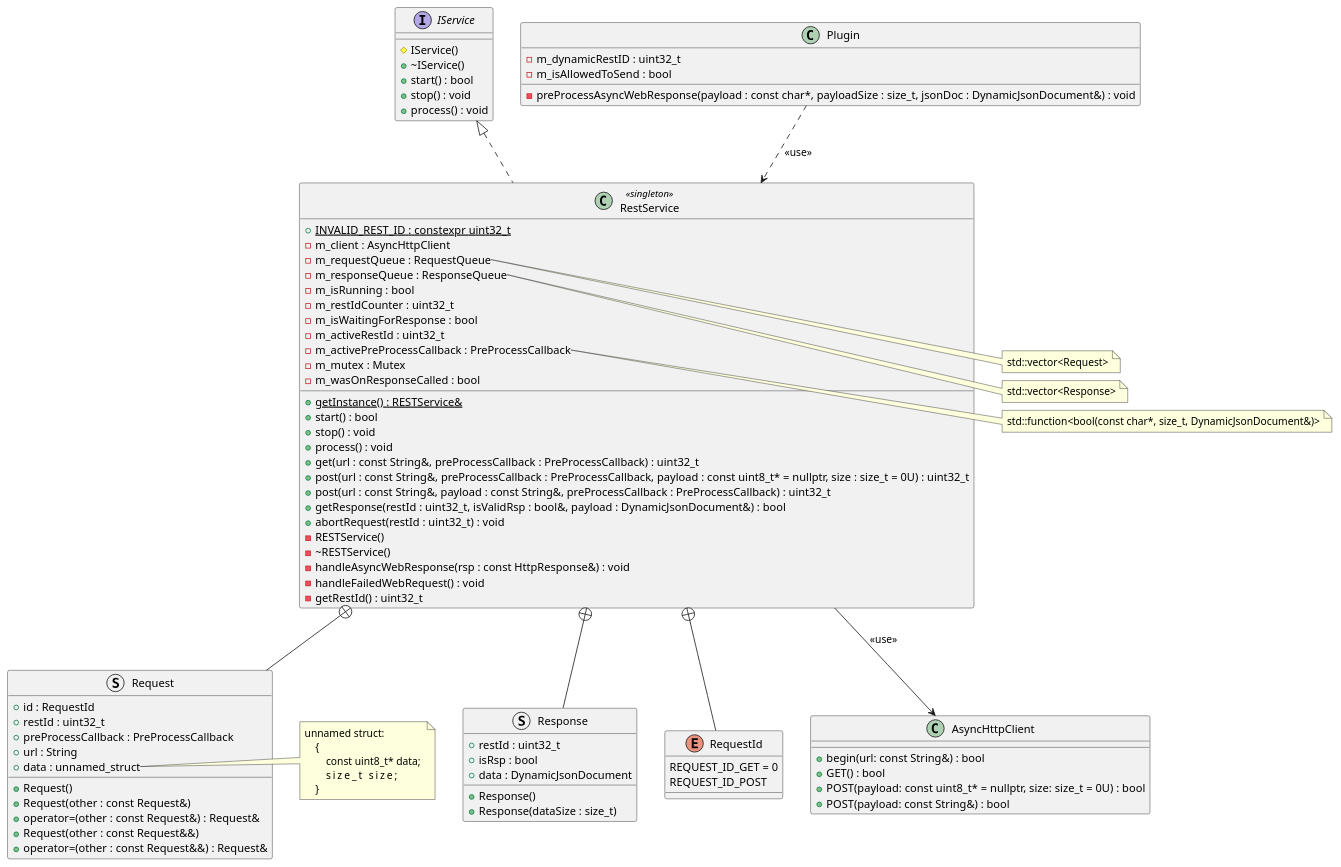
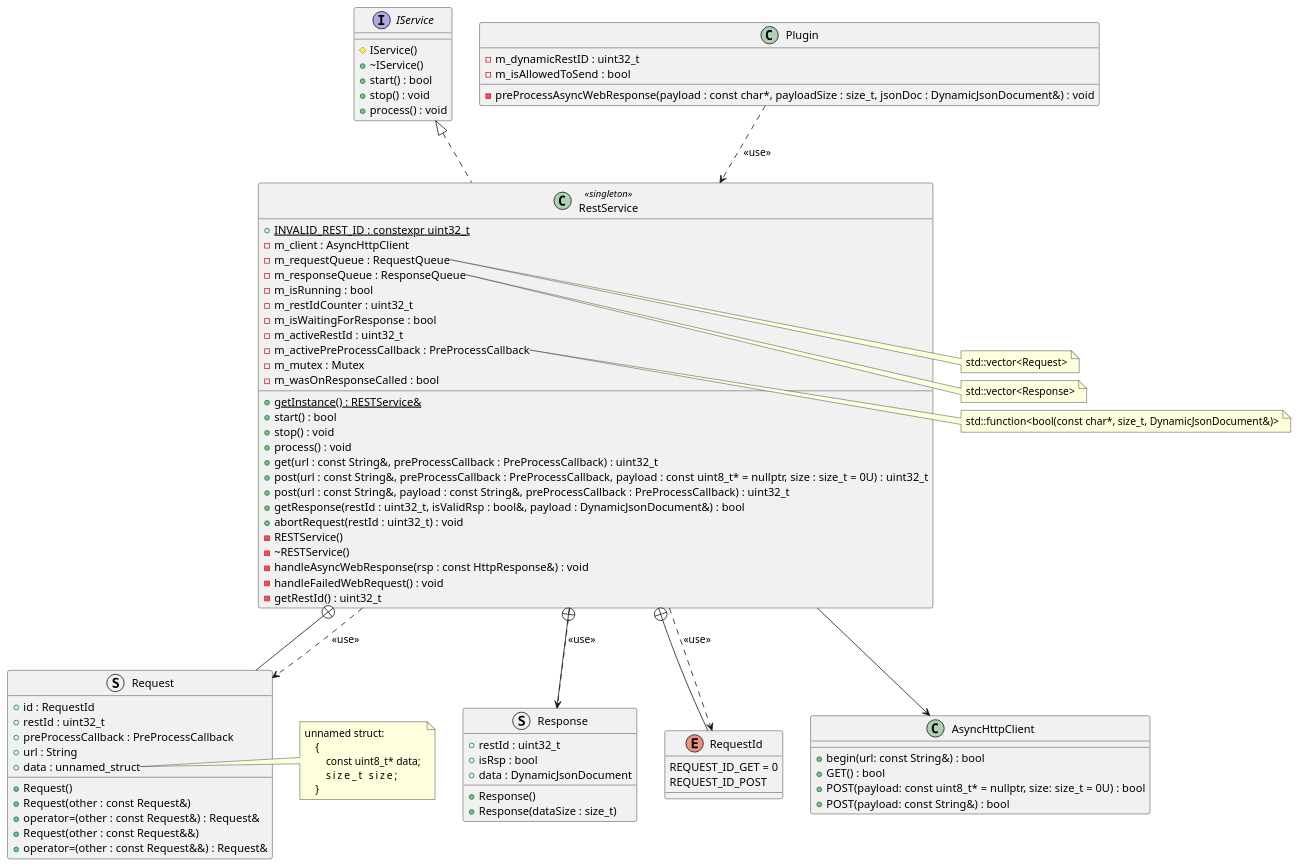
The diagram in doc/architecture/uml/rest_service.wsd (manmuqingshan/Pixelix), drawn with PlantUML before and after one commit.

Commit message:
refactoring

```diff
--- a/doc/architecture/uml/rest_service.wsd
+++ b/doc/architecture/uml/rest_service.wsd
@@ -1,110 +1,116 @@
 @startuml RestService
 
 interface IService{
     # IService()
     + ~IService()
     + start() : bool
     + stop() : void
     + process() : void
 }
 
 class RestService <<singleton>> {
     + {static} INVALID_REST_ID : constexpr uint32_t
     - m_client : AsyncHttpClient
     - m_requestQueue : RequestQueue
     - m_responseQueue : ResponseQueue
     - m_isRunning : bool
     - m_restIdCounter : uint32_t
     - m_isWaitingForResponse : bool
     - m_activeRestId : uint32_t
     - m_activePreProcessCallback : PreProcessCallback
     - m_mutex : Mutex
     - m_wasOnResponseCalled : bool
     + {static} getInstance() : RESTService&
     + start() : bool
     + stop() : void
     + process() : void
     + get(url : const String&, preProcessCallback : PreProcessCallback) : uint32_t
     + post(url : const String&, preProcessCallback : PreProcessCallback, payload : const uint8_t* = nullptr, size : size_t = 0U) : uint32_t
     + post(url : const String&, payload : const String&, preProcessCallback : PreProcessCallback) : uint32_t
     + getResponse(restId : uint32_t, isValidRsp : bool&, payload : DynamicJsonDocument&) : bool
     + abortRequest(restId : uint32_t) : void
     - RESTService()
     - ~RESTService()
     - handleAsyncWebResponse(rsp : const HttpResponse&) : void
     - handleFailedWebRequest() : void
     - getRestId() : uint32_t
 }
 
-note right of RestService::m_requestQueue
-    std::vector<Request>
-end note
-
-note right of RestService::m_responseQueue
-    std::vector<Response>
-end note
-
-note right of RestService::m_activePreProcessCallback
-    std::function<bool(const char*, size_t, DynamicJsonDocument&)>
-end note 
-
-struct Response{
-    + restId : uint32_t
-    + isRsp : bool
-    + data : DynamicJsonDocument
-    + Response()
-    + Response(dataSize : size_t)
-}
-
-enum RequestId{
-    REQUEST_ID_GET = 0
-    REQUEST_ID_POST
+class Plugin{
+    - m_dynamicRestID : uint32_t
+    - m_isAllowedToSend : bool
+    - preProcessAsyncWebResponse(payload : const char*, payloadSize : size_t, jsonDoc : DynamicJsonDocument&) : void
 }
 
 struct Request{
     + id : RequestId
     + restId : uint32_t
     + preProcessCallback : PreProcessCallback
     + url : String
     + data : unnamed_struct
     + Request()
     + Request(other : const Request&)
     + operator=(other : const Request&) : Request&
     + Request(other : const Request&&)
     + operator=(other : const Request&&) : Request&
 }
 
-note right of Request::data
-    unnamed struct:
-        {
-            const uint8_t* data; 
-            size_t         size; 
-        }
-end note 
+struct Response{
+    + restId : uint32_t
+    + isRsp : bool
+    + data : DynamicJsonDocument
+    + Response()
+    + Response(dataSize : size_t)
+}
 
-class Plugin{
-    - m_dynamicRestID : uint32_t
-    - m_isAllowedToSend : bool
-    - preProcessAsyncWebResponse(payload : const char*, payloadSize : size_t, jsonDoc : DynamicJsonDocument&) : void
+enum RequestId{
+    REQUEST_ID_GET = 0
+    REQUEST_ID_POST
 }
 
 class AsyncHttpClient{
     + begin(url: const String&) : bool
     + GET() : bool
     + POST(payload: const uint8_t* = nullptr, size: size_t = 0U) : bool
     + POST(payload: const String&) : bool
 }
 
+note right of RestService::m_requestQueue
+    std::vector<Request>
+end note
+
+note right of RestService::m_responseQueue
+    std::vector<Response>
+end note
+
+note right of RestService::m_activePreProcessCallback
+    std::function<bool(const char*, size_t, DynamicJsonDocument&)>
+end note 
+
+note right of Request::data
+    unnamed struct:
+        {
+            const uint8_t* data; 
+            size_t         size; 
+        }
+end note 
+
 Plugin ..> RestService : <<use>>
 
-RestService --> AsyncHttpClient: <<use>>
+RestService --> AsyncHttpClient
 
 RestService +-- Response
 
 RestService +-- Request
 
 RestService +-- RequestId
 
+RestService ..> Response: <<use>>
+
+RestService ..> Request: <<use>>
+
+RestService ..> RequestId: <<use>>
+
 IService <|.. RestService
 
 @enduml
```
